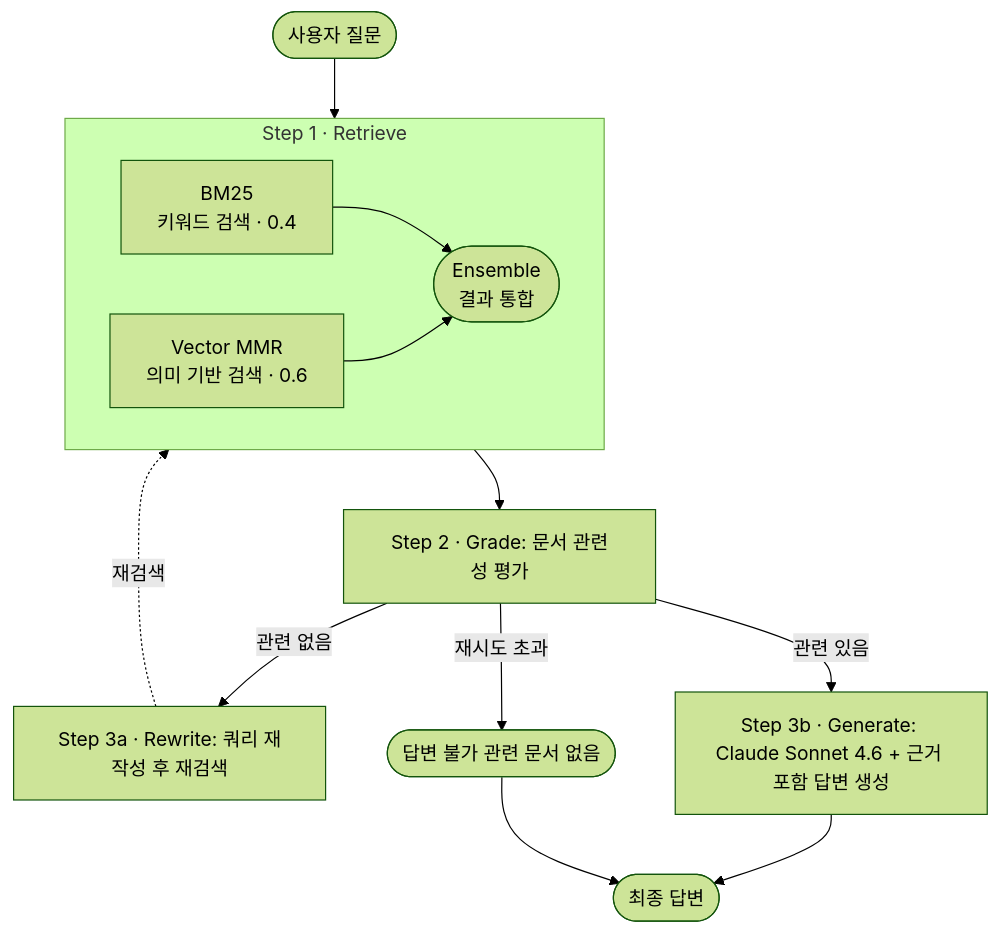
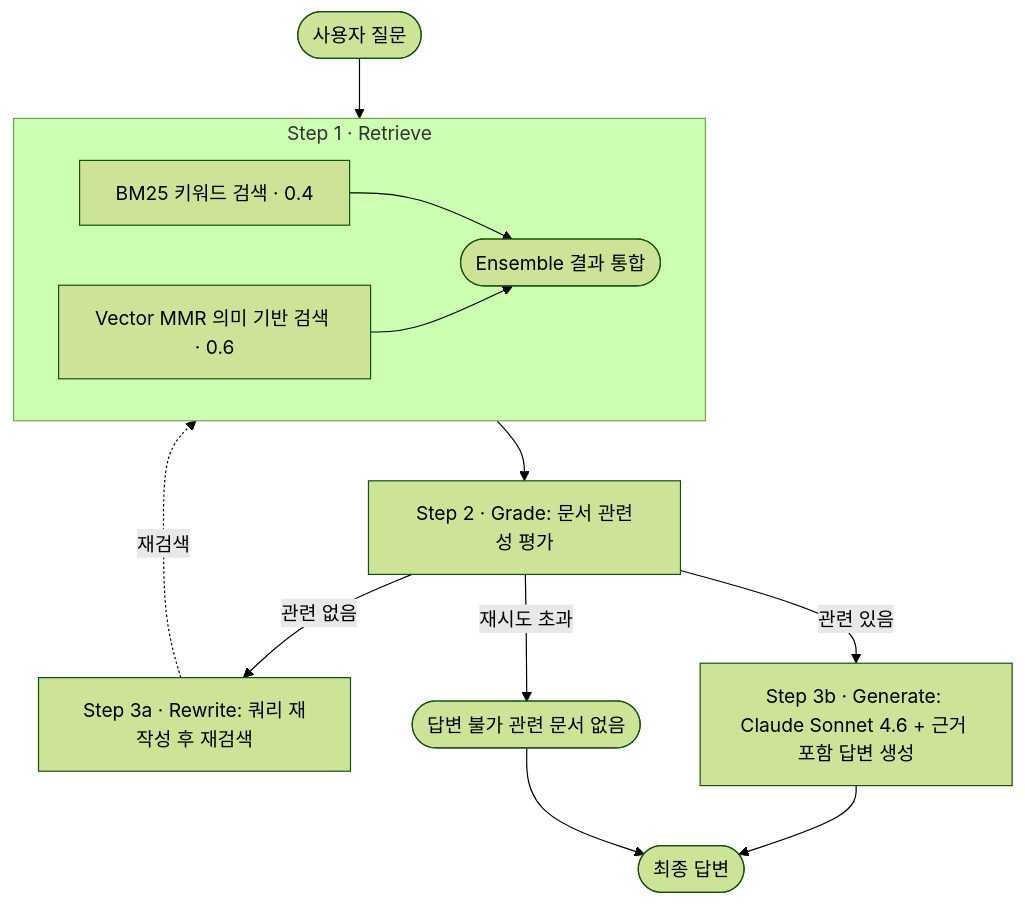
The first of 2 diagrams in README.md (dhdlswhd34/AI-agent), drawn with Mermaid (forest theme) before and after one commit. The commit also changed other lines of this file, not shown here.

````diff
--- a/README.md
+++ b/README.md
@@ -9,31 +9,31 @@
 ```mermaid
 flowchart TD
     USER(["사용자 질문"])
 
     subgraph RETRIEVE["Step 1 · Retrieve"]
         direction LR
-        BM25["BM25\n키워드 검색 · 0.4"]
-        VEC["Vector MMR\n의미 기반 검색 · 0.6"]
-        MERGE(["Ensemble\n결과 통합"])
+        BM25["BM25 키워드 검색 · 0.4"]
+        VEC["Vector MMR 의미 기반 검색 · 0.6"]
+        MERGE(["Ensemble 결과 통합"])
         BM25 --> MERGE
         VEC --> MERGE
     end
 
     GRADE["Step 2 · Grade: 문서 관련성 평가"]
 
     REWRITE["Step 3a · Rewrite: 쿼리 재작성 후 재검색"]
 
     GEN["Step 3b · Generate: Claude Sonnet 4.6 + 근거 포함 답변 생성"]
 
     FAIL(["답변 불가 관련 문서 없음"])
     ANS(["최종 답변"])
 
     USER --> RETRIEVE
     MERGE --> GRADE
     GRADE -- "관련 있음" --> GEN
     GRADE -- "관련 없음" --> REWRITE
     REWRITE -. "재검색" .-> RETRIEVE
     GRADE -- "재시도 초과" --> FAIL
     GEN --> ANS
     FAIL --> ANS
 ```
````
